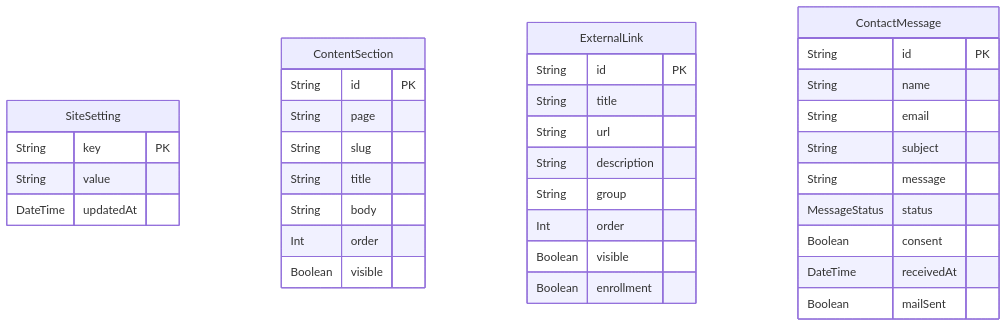
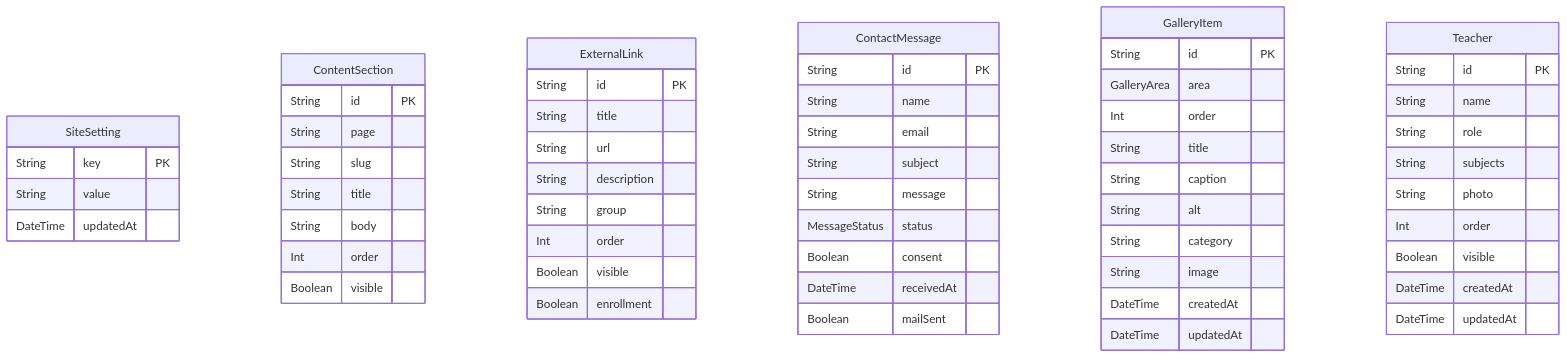
One commit to IFTS29-TalentoTech/ifts2-plataforma changed the diagram in docs/entrega/diagramas/der-sitio.mmd. Above: the diagram before and after it, drawn with Mermaid. The commit also changed 175 other files, not shown here.

```diff
--- a/docs/entrega/diagramas/der-sitio.mmd
+++ b/docs/entrega/diagramas/der-sitio.mmd
@@ -1,38 +1,61 @@
 %% Generado por scripts/docs/prisma-to-docs.mjs desde prisma/schema.prisma. No editar a mano.
-%% Contenido del sitio y contacto
+%% Contenido del sitio, galerías, plantel y contacto
 erDiagram
   SiteSetting {
     String key PK
     String value
     DateTime updatedAt
   }
   ContentSection {
     String id PK
     String page
     String slug
     String title
     String body
     Int order
     Boolean visible
   }
   ExternalLink {
     String id PK
     String title
     String url
     String description
     String group
     Int order
     Boolean visible
     Boolean enrollment
   }
   ContactMessage {
     String id PK
     String name
     String email
     String subject
     String message
     MessageStatus status
     Boolean consent
     DateTime receivedAt
     Boolean mailSent
   }
+  GalleryItem {
+    String id PK
+    GalleryArea area
+    Int order
+    String title
+    String caption
+    String alt
+    String category
+    String image
+    DateTime createdAt
+    DateTime updatedAt
+  }
+  Teacher {
+    String id PK
+    String name
+    String role
+    String subjects
+    String photo
+    Int order
+    Boolean visible
+    DateTime createdAt
+    DateTime updatedAt
+  }
```
